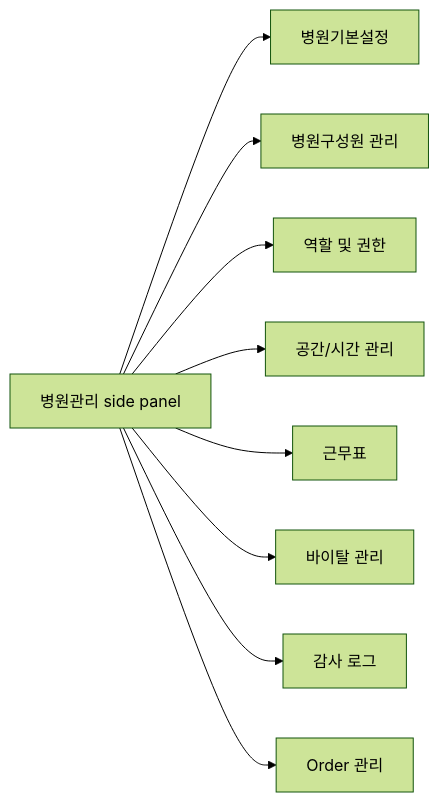
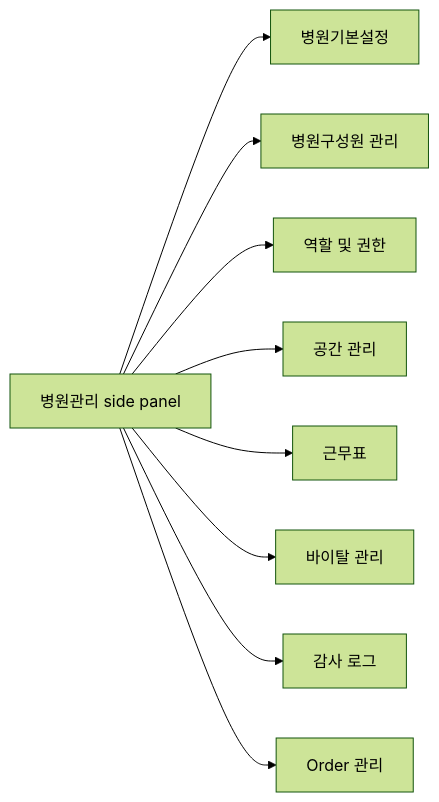
Before and after one commit to mcso0/emr-app-shell-prototype: the diagram in docs/design/screens/hospital-admin/hospital-admin-settings-hub-ux.md, drawn with Mermaid (forest theme). The commit also changed other lines of this file and 16 other files, not shown here.

````diff
--- a/docs/design/screens/hospital-admin/hospital-admin-settings-hub-ux.md
+++ b/docs/design/screens/hospital-admin/hospital-admin-settings-hub-ux.md
@@ -31,11 +32,11 @@
 ```mermaid
 flowchart LR
   A["병원관리 side panel"] --> B["병원기본설정"]
   A --> C["병원구성원 관리"]
   A --> D["역할 및 권한"]
-  A --> E["공간/시간 관리"]
+  A --> E["공간 관리"]
   A --> F["근무표"]
   A --> G["바이탈 관리"]
   A --> H["감사 로그"]
   A --> I["Order 관리"]
 ```
````
